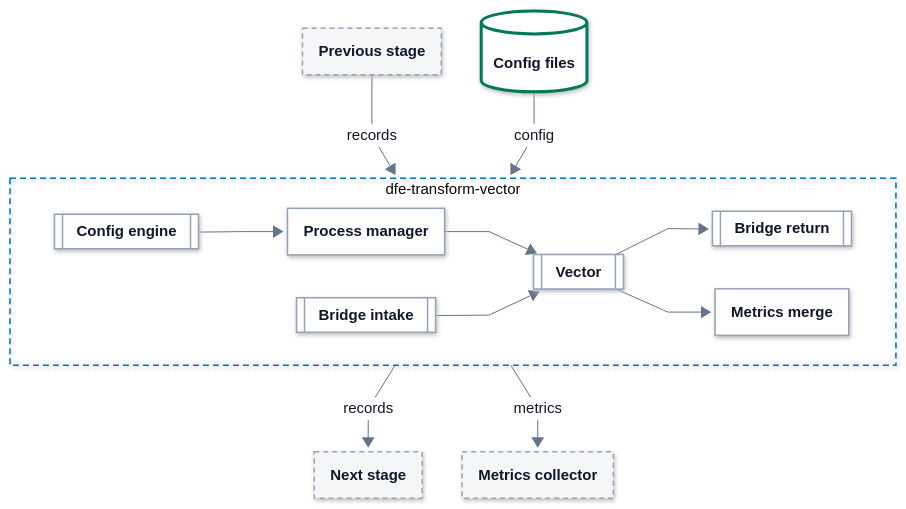
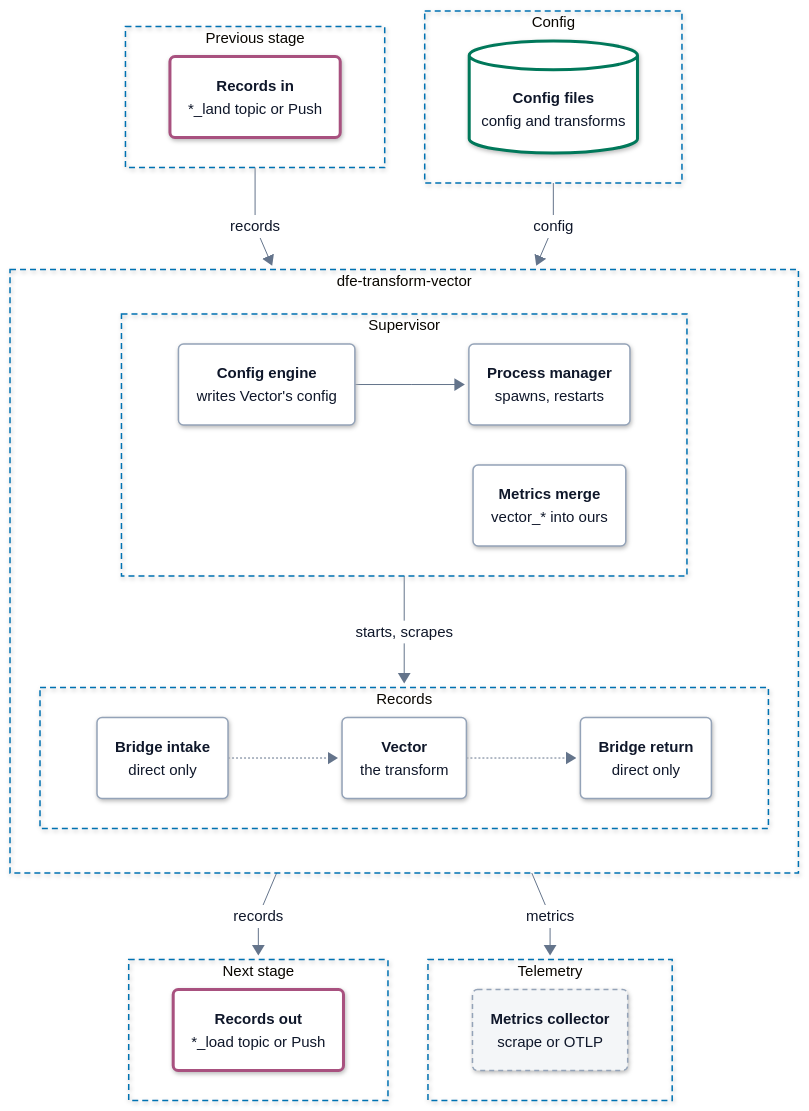
One commit to hyperi-io/dfe-transform-vector changed the diagram in README.md. Above: the diagram before and after it, drawn with Mermaid. The commit also changed other lines of this file and 7 other files, not shown here.

First line of the commit message:
docs(architecture): add Vector transform architecture pages (#175)

````diff
--- a/README.md
+++ b/README.md
@@ -64,33 +64,55 @@
 ---
 flowchart TB
     accTitle: L3 Components -- dfe-transform-vector
-    accDescr: The previous stage sends records into the pod and the config and transform files configure it. Inside, the config engine writes the Vector config that the process manager starts Vector on, and on the direct transport the bridge intake hands records to Vector and the bridge return takes them back. Vector's metrics are merged into the supervisor's and served on the ops port. Records leave for the next stage and metrics go to the collector.
+    accDescr: The previous stage sends records into the pod and the config and transform files configure it. Inside, the config engine writes the Vector config that the process manager starts Vector on. On the direct transport the bridge intake hands records to Vector and the bridge return takes them back. Vector's metrics are merged into the supervisor's. Records leave for the next stage and metrics go to the collector.
 
-    prev["<b>Previous stage</b>"]
-    files[("<b>Config files</b>")]
-
-    subgraph pod["dfe-transform-vector"]
+    subgraph PREV["Previous stage"]
         direction LR
-        cfg[["<b>Config engine</b>"]]
-        proc["<b>Process manager</b>"]
-        intake[["<b>Bridge intake</b>"]]
-        vec[["<b>Vector</b>"]]
-        ret[["<b>Bridge return</b>"]]
-        merge["<b>Metrics merge</b>"]
-        cfg --> proc
-        proc --> vec
-        intake --> vec
-        vec --> ret
-        vec --> merge
+        prev("<b>Records in</b><br/><span>*_land topic or Push</span>")
     end
 
-    next["<b>Next stage</b>"]
-    collector["<b>Metrics collector</b>"]
+    subgraph CFGIN["Config"]
+        direction LR
+        files[("<b>Config files</b><br/><span>config and transforms</span>")]
+    end
 
-    prev -->|records| pod
-    files -->|config| pod
-    pod -->|records| next
-    pod -->|metrics| collector
+    subgraph POD["dfe-transform-vector"]
+        direction TB
+        subgraph SUP["Supervisor"]
+            direction LR
+            cfg("<b>Config engine</b><br/><span>writes Vector's config</span>")
+            proc("<b>Process manager</b><br/><span>spawns, restarts</span>")
+            merge("<b>Metrics merge</b><br/><span>vector_* into ours</span>")
+            cfg --> proc
+        end
+        subgraph DATA["Records"]
+            direction LR
+            intake("<b>Bridge intake</b><br/><span>direct only</span>")
+            vec("<b>Vector</b><br/><span>the transform</span>")
+            ret("<b>Bridge return</b><br/><span>direct only</span>")
+            intake -.-> vec -.-> ret
+        end
+        SUP -->|starts, scrapes| DATA
+    end
+
+    subgraph NEXT["Next stage"]
+        direction LR
+        next("<b>Records out</b><br/><span>*_load topic or Push</span>")
+    end
+
+    subgraph COL["Telemetry"]
+        direction LR
+        collector("<b>Metrics collector</b><br/><span>scrape or OTLP</span>")
+    end
+
+    PREV -->|records| POD
+    CFGIN -->|config| POD
+    POD -->|records| NEXT
+    POD -->|metrics| COL
+  class prev,next bus
+  class collector ext
+  class files store
+  class cfg,proc,intake,vec,ret,merge part
   classDef ext fill:#F4F6F8,stroke:#94A3B8,stroke-width:1.5px,stroke-dasharray:5 4,color:#0F172A
   classDef ingest fill:#FFFFFF,stroke:#0E8A7D,stroke-width:3px,color:#0F172A
   classDef xform fill:#FFFFFF,stroke:#7B4FB0,stroke-width:3px,color:#0F172A
@@ -102,8 +124,11 @@
   classDef error fill:#FFFFFF,stroke:#C2410C,stroke-width:3px,color:#0F172A
   classDef control fill:#FFFFFF,stroke:#334155,stroke-width:3px,color:#0F172A
   classDef part fill:#FFFFFF,stroke:#94A3B8,stroke-width:1.5px,color:#0F172A
-  class prev,next,collector ext
-  class files store
-  class cfg,proc,intake,vec,ret,merge part
-  style pod fill:none,stroke:#0072B2,stroke-width:1.5px,stroke-dasharray:6 4
+  style PREV fill:none,stroke:#0072B2,stroke-width:1.5px,stroke-dasharray:6 4
+  style CFGIN fill:none,stroke:#0072B2,stroke-width:1.5px,stroke-dasharray:6 4
+  style POD fill:none,stroke:#0072B2,stroke-width:1.5px,stroke-dasharray:6 4
+  style SUP fill:none,stroke:#0072B2,stroke-width:1.5px,stroke-dasharray:6 4
+  style DATA fill:none,stroke:#0072B2,stroke-width:1.5px,stroke-dasharray:6 4
+  style NEXT fill:none,stroke:#0072B2,stroke-width:1.5px,stroke-dasharray:6 4
+  style COL fill:none,stroke:#0072B2,stroke-width:1.5px,stroke-dasharray:6 4
 ```
````
